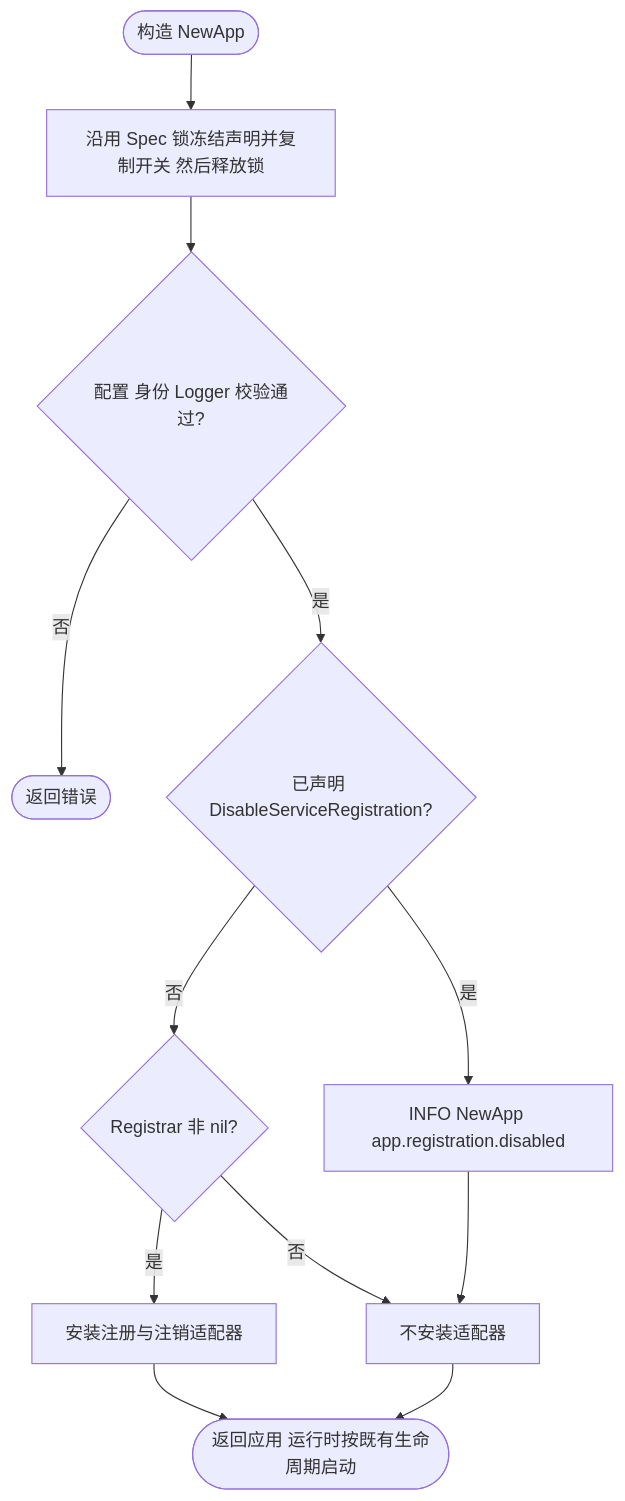
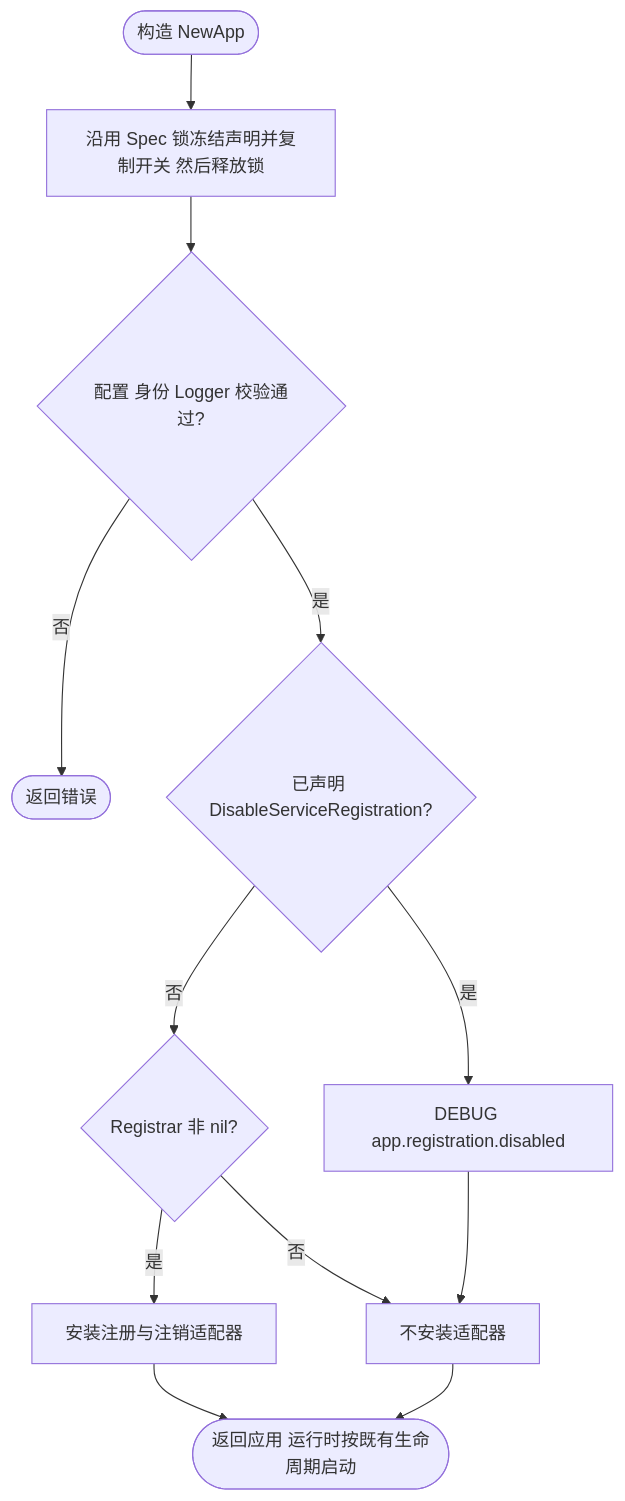
Before and after one commit to jaggerzhuang1994/kratos-foundation: the second of 12 diagrams in pkg/app/README.md, drawn with Mermaid. The commit also changed other lines of this file and 204 other files, not shown here.

````diff
--- a/pkg/app/README.md
+++ b/pkg/app/README.md
@@ -61,14 +62,14 @@
 ```mermaid
 flowchart TD
  A([构造 NewApp]) --> B[沿用 Spec 锁冻结声明并复制开关 然后释放锁]
  B --> C{配置 身份 Logger 校验通过?}
  C -- 否 --> D([返回错误])
  C -- 是 --> E{已声明 DisableServiceRegistration?}
- E -- 是 --> F[INFO NewApp app.registration.disabled]
+ E -- 是 --> F[DEBUG app.registration.disabled]
  E -- 否 --> G{Registrar 非 nil?}
  G -- 是 --> H[安装注册与注销适配器]
  G -- 否 --> I[不安装适配器]
  F --> I
  H --> J([返回应用 运行时按既有生命周期启动])
  I --> J
 ```
````
